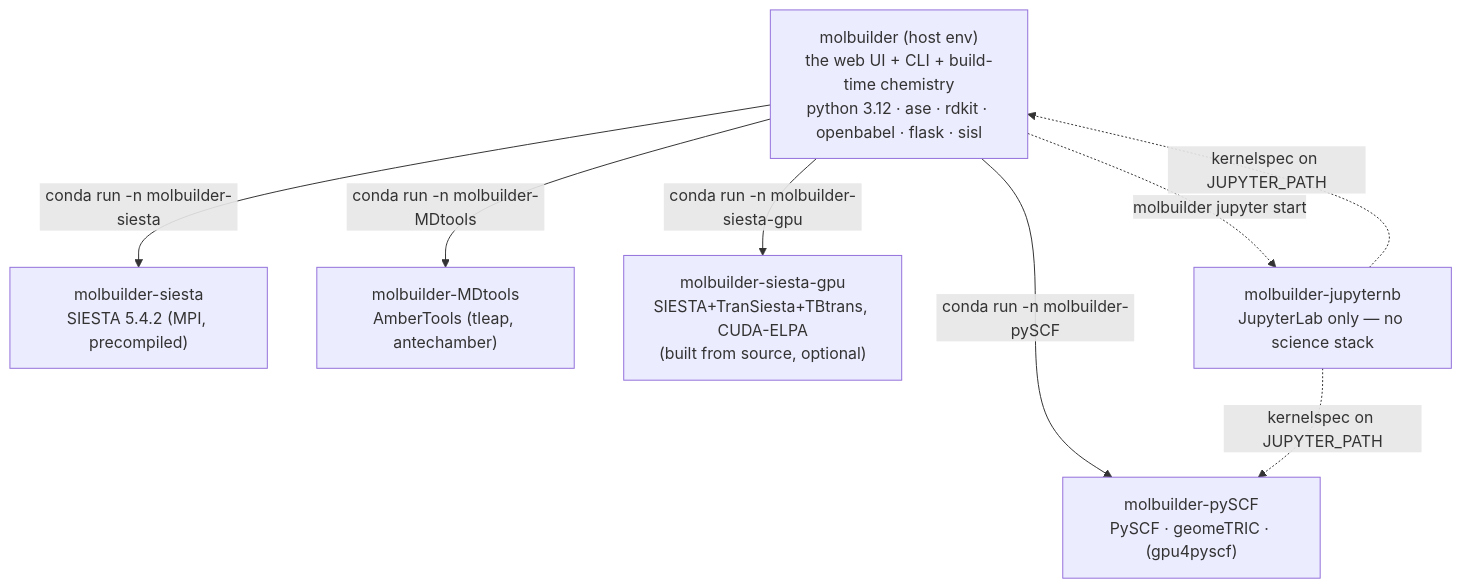
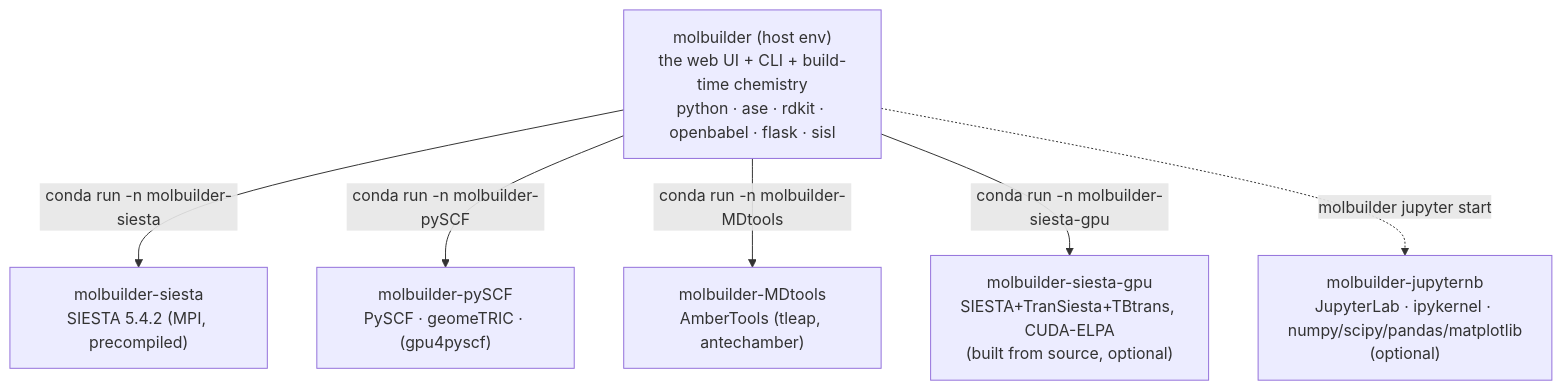
One commit to Qing-LAB/molbuilder changed the diagram in docs/ops/installation.md. Above: the diagram before and after it, drawn with Mermaid. The commit also changed other lines of this file and 27 other files, not shown here.

````diff
--- a/docs/ops/installation.md
+++ b/docs/ops/installation.md
@@ -24,11 +24,9 @@
 ```mermaid
 flowchart TD
-  HOST["molbuilder (host env)<br/>the web UI + CLI + build-time chemistry<br/>python 3.12 · ase · rdkit · openbabel · flask · sisl"]
+  HOST["molbuilder (host env)<br/>the web UI + CLI + build-time chemistry<br/>python · ase · rdkit · openbabel · flask · sisl"]
   HOST -->|"conda run -n molbuilder-siesta"| SI["molbuilder-siesta<br/>SIESTA 5.4.2 (MPI, precompiled)"]
   HOST -->|"conda run -n molbuilder-pySCF"| PY["molbuilder-pySCF<br/>PySCF · geomeTRIC · (gpu4pyscf)"]
   HOST -->|"conda run -n molbuilder-MDtools"| MD["molbuilder-MDtools<br/>AmberTools (tleap, antechamber)"]
   HOST -->|"conda run -n molbuilder-siesta-gpu"| GPU["molbuilder-siesta-gpu<br/>SIESTA+TranSiesta+TBtrans, CUDA-ELPA<br/>(built from source, optional)"]
-  HOST -.->|"molbuilder jupyter start"| NB["molbuilder-jupyternb<br/>JupyterLab only — no science stack"]
-  NB -.->|"kernelspec on JUPYTER_PATH"| HOST
-  NB -.->|"kernelspec on JUPYTER_PATH"| PY
+  HOST -.->|"molbuilder jupyter start"| NB["molbuilder-jupyternb<br/>JupyterLab · ipykernel · numpy/scipy/pandas/matplotlib<br/>(optional)"]
 ```
````
